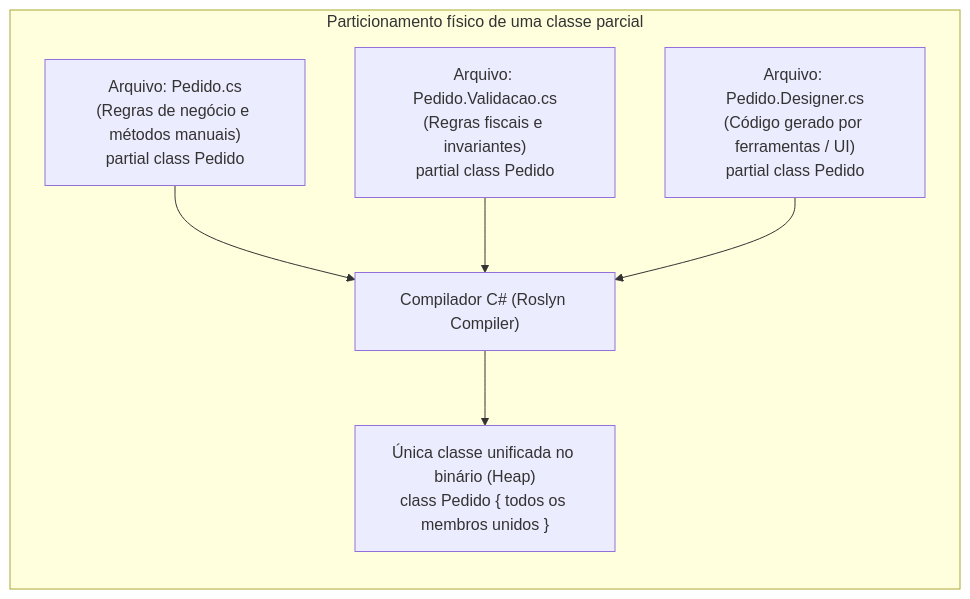
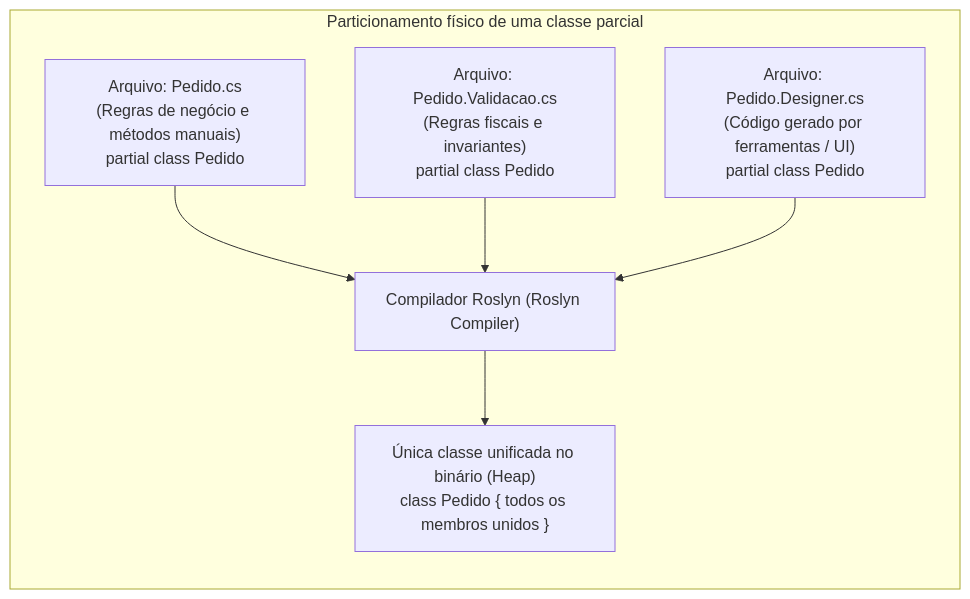
The third of 3 diagrams in 01. Programacao Modular/14. Namespaces e partial classes (espaços de nomes e modularização em larga escala).md (leorruas/puc), drawn with Mermaid before and after one commit. The commit also changed other lines of this file, not shown here.

````diff
--- a/01. Programacao Modular/14. Namespaces e partial classes (espaços de nomes e modularização em larga escala).md
+++ b/01. Programacao Modular/14. Namespaces e partial classes (espaços de nomes e modularização em larga escala).md
@@ -255,19 +270,19 @@
 ```mermaid
 flowchart TD
     subgraph Particionamento ["Particionamento físico de uma classe parcial"]
         direction TB
 
         Arquivo1["Arquivo: Pedido.cs<br>(Regras de negócio e métodos manuais)<br>partial class Pedido"]
         Arquivo2["Arquivo: Pedido.Validacao.cs<br>(Regras fiscais e invariantes)<br>partial class Pedido"]
         Arquivo3["Arquivo: Pedido.Designer.cs<br>(Código gerado por ferramentas / UI)<br>partial class Pedido"]
 
-        Compilador["Compilador C# (Roslyn Compiler)"]
+        Compilador["Compilador Roslyn (Roslyn Compiler)"]
 
         Unificado["Única classe unificada no binário (Heap)<br>class Pedido { todos os membros unidos }"]
 
         Arquivo1 --> Compilador
         Arquivo2 --> Compilador
         Arquivo3 --> Compilador
         Compilador --> Unificado
     end
 ```
````
